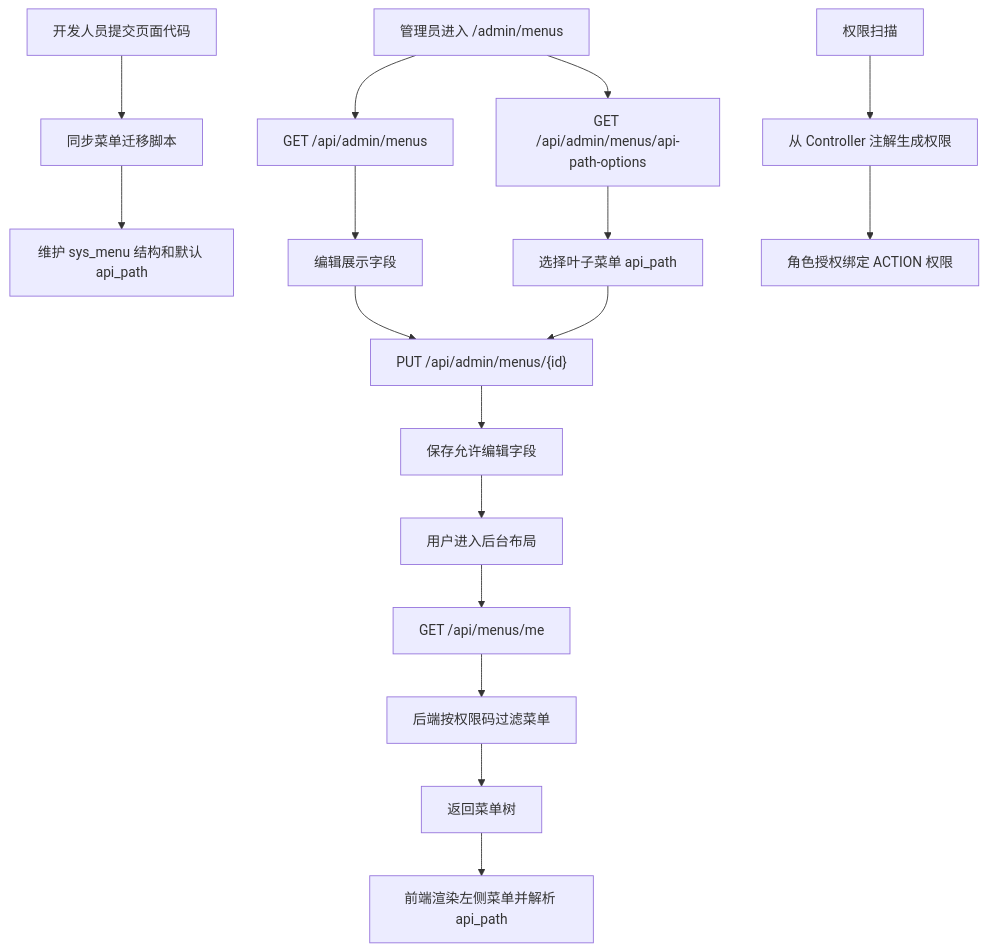
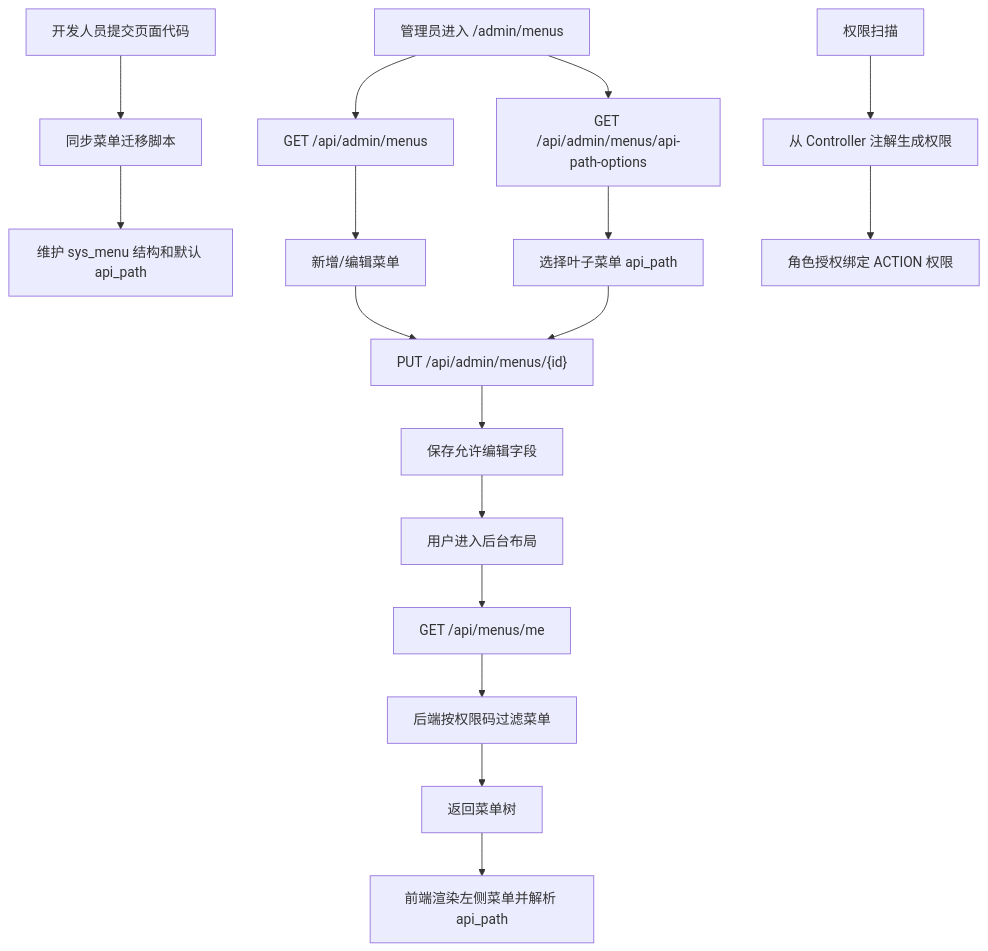
One commit to guokai2012/exam-ai changed the diagram in docs/20260601172500_menu-management-flow.md. Above: the diagram before and after it, drawn with Mermaid. The commit also changed other lines of this file and 10 other files, not shown here.

````diff
--- a/docs/20260601172500_menu-management-flow.md
+++ b/docs/20260601172500_menu-management-flow.md
@@ -31,19 +34,19 @@
 ```mermaid
 flowchart TD
     A["开发人员提交页面代码"] --> B["同步菜单迁移脚本"]
     B --> C["维护 sys_menu 结构和默认 api_path"]
     D["管理员进入 /admin/menus"] --> E["GET /api/admin/menus"]
     D --> F["GET /api/admin/menus/api-path-options"]
-    E --> G["编辑展示字段"]
+    E --> G["新增/编辑菜单"]
     F --> H["选择叶子菜单 api_path"]
     G --> I["PUT /api/admin/menus/{id}"]
     H --> I
     I --> J["保存允许编辑字段"]
     K["权限扫描"] --> L["从 Controller 注解生成权限"]
     L --> M["角色授权绑定 ACTION 权限"]
     J --> N["用户进入后台布局"]
     N --> O["GET /api/menus/me"]
     O --> P["后端按权限码过滤菜单"]
     P --> Q["返回菜单树"]
     Q --> R["前端渲染左侧菜单并解析 api_path"]
 ```
````
